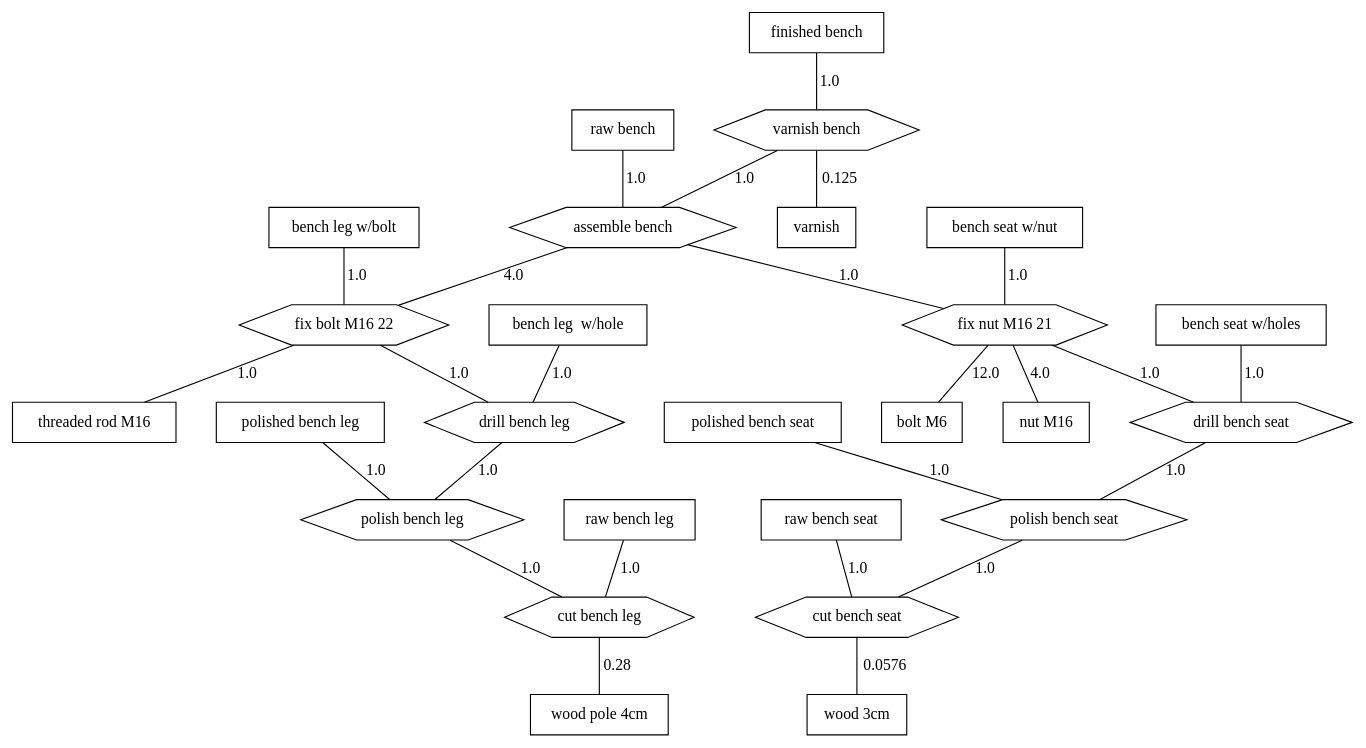
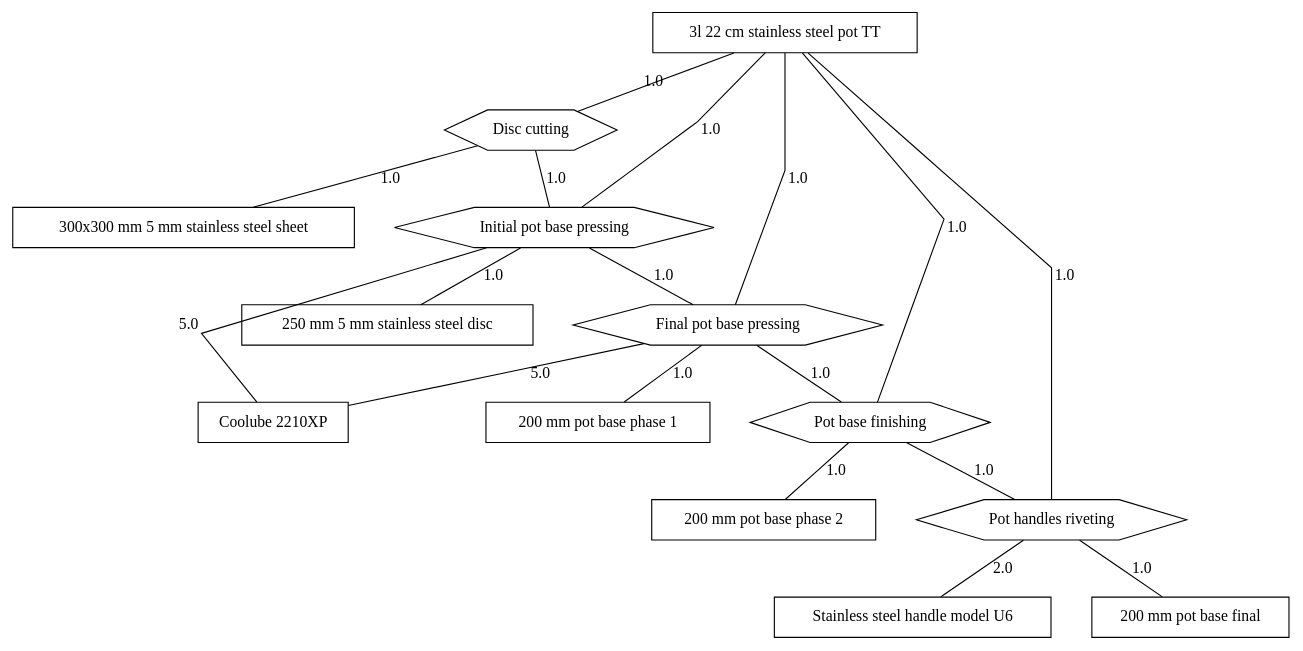
Before and after one commit to ricardomm7/buildflow: the diagram in outFiles/production_tree.dot, drawn with Graphviz. The commit also changed 5 other files, not shown here.

```diff
--- a/outFiles/production_tree.dot
+++ b/outFiles/production_tree.dot
@@ -1,107 +1,70 @@
 graph G {
   splines=false;
   nodesep=0.5;
   ranksep=0.5;
-  "1001" [shape=box label="bench leg  w/hole"];
-  "1001" -- "14" [label="1.0"];
-  "14" [shape=hexagon label="drill bench leg"];
-  "14" -- "18" [label="1.0"];
-  "18" [shape=hexagon label="polish bench leg"];
-  "18" -- "12" [label="1.0"];
-  "12" [shape=hexagon label="cut bench leg"];
-  "12" -- "1016" [label="0.28"];
-  "1016" [shape=box label="wood pole 4cm"];
-  "1002" [shape=box label="bench leg w/bolt"];
-  "1002" -- "16" [label="1.0"];
-  "16" [shape=hexagon label="fix bolt M16 22"];
-  "16" -- "1013" [label="1.0"];
-  "1013" [shape=box label="threaded rod M16"];
-  "16" -- "14" [label="1.0"];
-  "14" [shape=hexagon label="drill bench leg"];
-  "18" [shape=hexagon label="polish bench leg"];
-  "12" [shape=hexagon label="cut bench leg"];
-  "1016" [shape=box label="wood pole 4cm"];
-  "1003" [shape=box label="bench seat w/holes"];
-  "1003" -- "15" [label="1.0"];
-  "15" [shape=hexagon label="drill bench seat "];
-  "15" -- "19" [label="1.0"];
-  "19" [shape=hexagon label="polish bench seat "];
-  "19" -- "13" [label="1.0"];
-  "13" [shape=hexagon label="cut bench seat"];
-  "13" -- "1015" [label="0.0576"];
-  "1015" [shape=box label="wood 3cm"];
-  "1004" [shape=box label="bench seat w/nut"];
-  "1004" -- "17" [label="1.0"];
-  "17" [shape=hexagon label="fix nut M16 21"];
-  "17" -- "1005" [label="12.0"];
-  "1005" [shape=box label="bolt M6"];
-  "17" -- "15" [label="1.0"];
-  "15" [shape=hexagon label="drill bench seat "];
-  "19" [shape=hexagon label="polish bench seat "];
-  "13" [shape=hexagon label="cut bench seat"];
-  "1015" [shape=box label="wood 3cm"];
-  "17" -- "1007" [label="4.0"];
-  "1007" [shape=box label="nut M16"];
-  "1005" [shape=box label="bolt M6"];
-  "1006" [shape=box label="finished bench"];
-  "1006" -- "20" [label="1.0"];
-  "20" [shape=hexagon label="varnish bench "];
-  "20" -- "1014" [label="0.125"];
-  "1014" [shape=box label="varnish"];
-  "20" -- "11" [label="1.0"];
-  "11" [shape=hexagon label="assemble bench "];
-  "11" -- "16" [label="4.0"];
-  "16" [shape=hexagon label="fix bolt M16 22"];
-  "1013" [shape=box label="threaded rod M16"];
-  "14" [shape=hexagon label="drill bench leg"];
-  "18" [shape=hexagon label="polish bench leg"];
-  "12" [shape=hexagon label="cut bench leg"];
-  "1016" [shape=box label="wood pole 4cm"];
-  "11" -- "17" [label="1.0"];
-  "17" [shape=hexagon label="fix nut M16 21"];
-  "1005" [shape=box label="bolt M6"];
-  "15" [shape=hexagon label="drill bench seat "];
-  "19" [shape=hexagon label="polish bench seat "];
-  "13" [shape=hexagon label="cut bench seat"];
-  "1015" [shape=box label="wood 3cm"];
-  "1007" [shape=box label="nut M16"];
-  "1007" [shape=box label="nut M16"];
-  "1008" [shape=box label="polished bench leg"];
-  "1008" -- "18" [label="1.0"];
-  "18" [shape=hexagon label="polish bench leg"];
-  "12" [shape=hexagon label="cut bench leg"];
-  "1016" [shape=box label="wood pole 4cm"];
-  "1009" [shape=box label="polished bench seat"];
-  "1009" -- "19" [label="1.0"];
-  "19" [shape=hexagon label="polish bench seat "];
-  "13" [shape=hexagon label="cut bench seat"];
-  "1015" [shape=box label="wood 3cm"];
-  "1010" [shape=box label="raw bench"];
-  "1010" -- "11" [label="1.0"];
-  "11" [shape=hexagon label="assemble bench "];
-  "16" [shape=hexagon label="fix bolt M16 22"];
-  "1013" [shape=box label="threaded rod M16"];
-  "14" [shape=hexagon label="drill bench leg"];
-  "18" [shape=hexagon label="polish bench leg"];
-  "12" [shape=hexagon label="cut bench leg"];
-  "1016" [shape=box label="wood pole 4cm"];
-  "17" [shape=hexagon label="fix nut M16 21"];
-  "1005" [shape=box label="bolt M6"];
-  "15" [shape=hexagon label="drill bench seat "];
-  "19" [shape=hexagon label="polish bench seat "];
-  "13" [shape=hexagon label="cut bench seat"];
-  "1015" [shape=box label="wood 3cm"];
-  "1007" [shape=box label="nut M16"];
-  "1011" [shape=box label="raw bench leg"];
-  "1011" -- "12" [label="1.0"];
-  "12" [shape=hexagon label="cut bench leg"];
-  "1016" [shape=box label="wood pole 4cm"];
-  "1012" [shape=box label="raw bench seat"];
-  "1012" -- "13" [label="1.0"];
-  "13" [shape=hexagon label="cut bench seat"];
-  "1015" [shape=box label="wood 3cm"];
-  "1013" [shape=box label="threaded rod M16"];
-  "1014" [shape=box label="varnish"];
-  "1015" [shape=box label="wood 3cm"];
-  "1016" [shape=box label="wood pole 4cm"];
+  "PN52384R50" [shape=box label="300x300 mm 5 mm stainless steel sheet"];
+  "PN18544C21" [shape=box label="Stainless steel handle model U6"];
+  "IP12945A01" [shape=box label="250 mm 5 mm stainless steel disc"];
+  "IP12945A32" [shape=box label="200 mm pot base phase 1"];
+  "IP12945A33" [shape=box label="200 mm pot base phase 2"];
+  "IP12945A34" [shape=box label="200 mm pot base final"];
+  "PN94561L67" [shape=box label="Coolube 2210XP"];
+  "AS12946S20" [shape=box label="3l 22 cm stainless steel pot TT"];
+  "AS12946S20" -- "152" [label="1.0"];
+  "152" [shape=hexagon label="Final pot base pressing"];
+  "152" -- "153" [label="1.0"];
+  "153" [shape=hexagon label="Pot base finishing"];
+  "153" -- "154" [label="1.0"];
+  "154" [shape=hexagon label="Pot handles riveting"];
+  "154" -- "PN18544C21" [label="2.0"];
+  "PN18544C21" [shape=box label="Stainless steel handle model U6"];
+  "154" -- "IP12945A34" [label="1.0"];
+  "IP12945A34" [shape=box label="200 mm pot base final"];
+  "153" -- "IP12945A33" [label="1.0"];
+  "IP12945A33" [shape=box label="200 mm pot base phase 2"];
+  "152" -- "IP12945A32" [label="1.0"];
+  "IP12945A32" [shape=box label="200 mm pot base phase 1"];
+  "152" -- "PN94561L67" [label="5.0"];
+  "PN94561L67" [shape=box label="Coolube 2210XP"];
+  "AS12946S20" -- "153" [label="1.0"];
+  "153" [shape=hexagon label="Pot base finishing"];
+  "154" [shape=hexagon label="Pot handles riveting"];
+  "PN18544C21" [shape=box label="Stainless steel handle model U6"];
+  "IP12945A34" [shape=box label="200 mm pot base final"];
+  "IP12945A33" [shape=box label="200 mm pot base phase 2"];
+  "AS12946S20" -- "154" [label="1.0"];
+  "154" [shape=hexagon label="Pot handles riveting"];
+  "PN18544C21" [shape=box label="Stainless steel handle model U6"];
+  "IP12945A34" [shape=box label="200 mm pot base final"];
+  "AS12946S20" -- "151" [label="1.0"];
+  "151" [shape=hexagon label="Initial pot base pressing"];
+  "151" -- "152" [label="1.0"];
+  "152" [shape=hexagon label="Final pot base pressing"];
+  "153" [shape=hexagon label="Pot base finishing"];
+  "154" [shape=hexagon label="Pot handles riveting"];
+  "PN18544C21" [shape=box label="Stainless steel handle model U6"];
+  "IP12945A34" [shape=box label="200 mm pot base final"];
+  "IP12945A33" [shape=box label="200 mm pot base phase 2"];
+  "IP12945A32" [shape=box label="200 mm pot base phase 1"];
+  "PN94561L67" [shape=box label="Coolube 2210XP"];
+  "151" -- "IP12945A01" [label="1.0"];
+  "IP12945A01" [shape=box label="250 mm 5 mm stainless steel disc"];
+  "151" -- "PN94561L67" [label="5.0"];
+  "PN94561L67" [shape=box label="Coolube 2210XP"];
+  "AS12946S20" -- "150" [label="1.0"];
+  "150" [shape=hexagon label="Disc cutting"];
+  "150" -- "151" [label="1.0"];
+  "151" [shape=hexagon label="Initial pot base pressing"];
+  "152" [shape=hexagon label="Final pot base pressing"];
+  "153" [shape=hexagon label="Pot base finishing"];
+  "154" [shape=hexagon label="Pot handles riveting"];
+  "PN18544C21" [shape=box label="Stainless steel handle model U6"];
+  "IP12945A34" [shape=box label="200 mm pot base final"];
+  "IP12945A33" [shape=box label="200 mm pot base phase 2"];
+  "IP12945A32" [shape=box label="200 mm pot base phase 1"];
+  "PN94561L67" [shape=box label="Coolube 2210XP"];
+  "IP12945A01" [shape=box label="250 mm 5 mm stainless steel disc"];
+  "PN94561L67" [shape=box label="Coolube 2210XP"];
+  "150" -- "PN52384R50" [label="1.0"];
+  "PN52384R50" [shape=box label="300x300 mm 5 mm stainless steel sheet"];
 }
```
